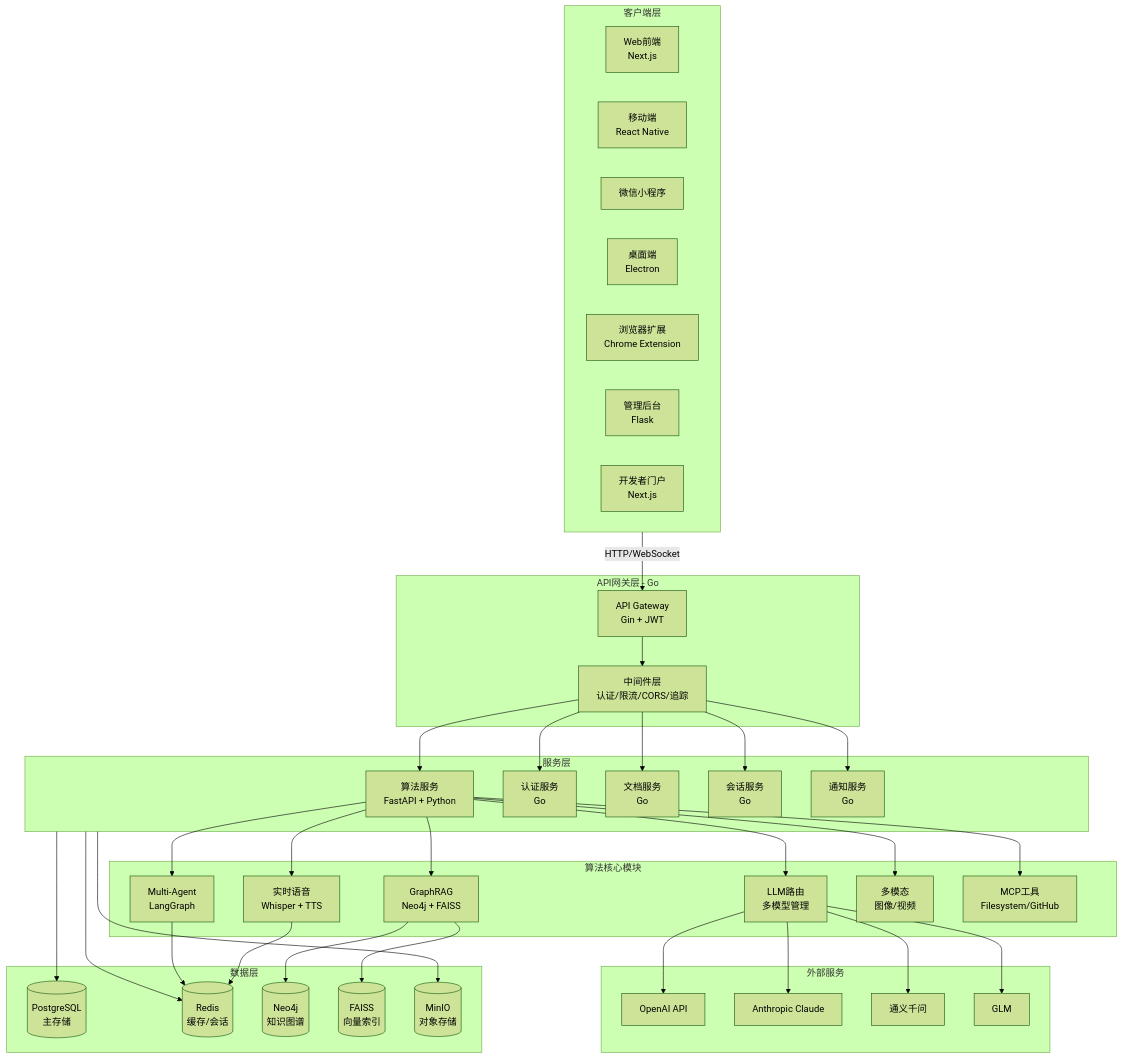
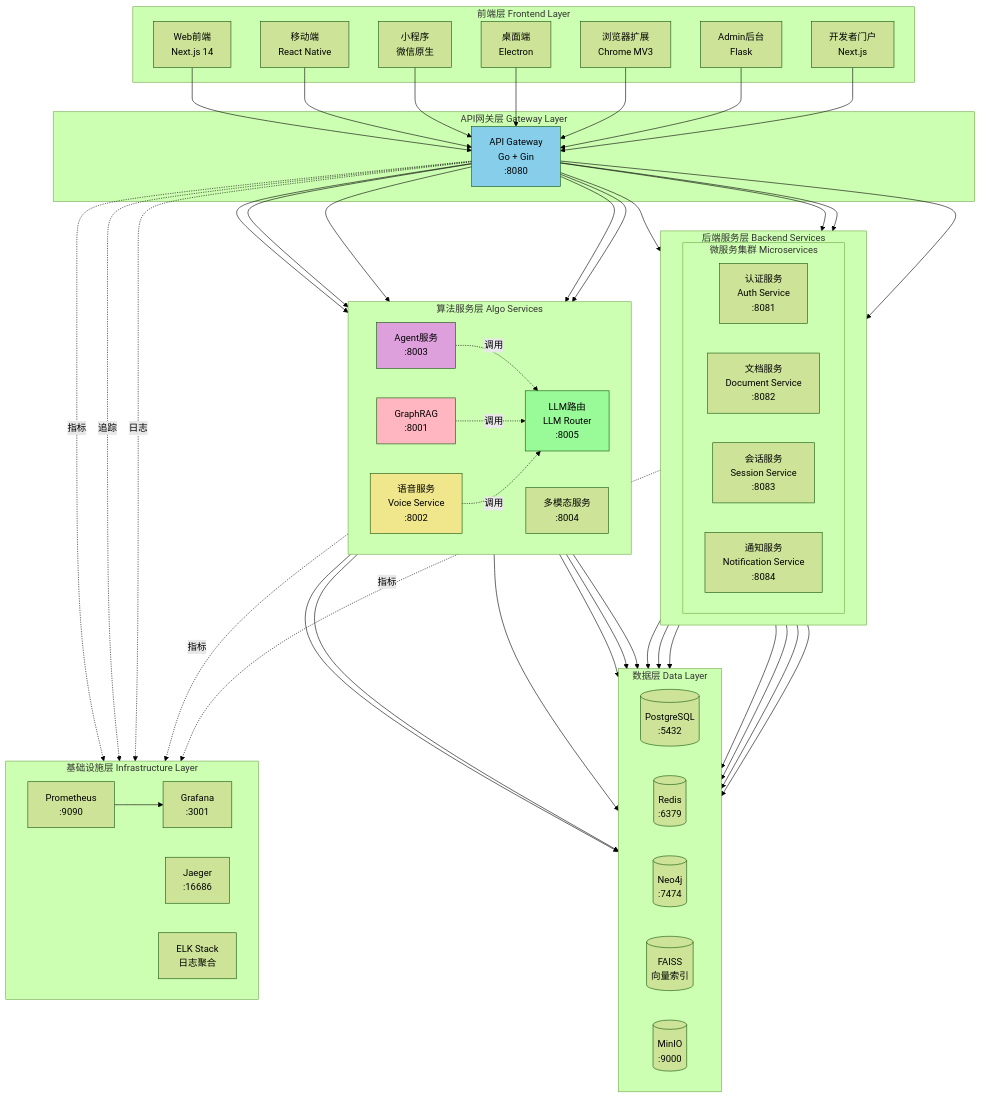
The first of 12 diagrams in content/posts/VoiceHelper-00-总览.md (haoyunlt/myblog), drawn with Mermaid (forest theme) before and after one commit. The commit also changed other lines of this file and 22 other files, not shown here.

````diff
--- a/content/posts/VoiceHelper-00-总览.md
+++ b/content/posts/VoiceHelper-00-总览.md
@@ -75,78 +110,110 @@
 ```mermaid
 flowchart TB
-    subgraph Client["客户端层"]
-        WEB[Web前端<br/>Next.js]
+    subgraph "前端层 Frontend Layer"
+        WEB[Web前端<br/>Next.js 14]
         MOBILE[移动端<br/>React Native]
-        MINI[微信小程序]
+        MINI[小程序<br/>微信原生]
         DESKTOP[桌面端<br/>Electron]
-        EXT[浏览器扩展<br/>Chrome Extension]
-        ADMIN[管理后台<br/>Flask]
+        EXT[浏览器扩展<br/>Chrome MV3]
+        ADMIN[Admin后台<br/>Flask]
         DEV[开发者门户<br/>Next.js]
     end
-
-    subgraph Gateway["API网关层 - Go"]
-        GW[API Gateway<br/>Gin + JWT]
-        MW[中间件层<br/>认证/限流/CORS/追踪]
+    
+    subgraph "API网关层 Gateway Layer"
+        GW[API Gateway<br/>Go + Gin<br/>:8080]
     end
-
-    subgraph Services["服务层"]
-        ALGO[算法服务<br/>FastAPI + Python]
-        AUTH[认证服务<br/>Go]
-        DOC[文档服务<br/>Go]
-        SESSION[会话服务<br/>Go]
-        NOTIFY[通知服务<br/>Go]
+    
+    subgraph "后端服务层 Backend Services"
+        direction LR
+        subgraph "微服务集群 Microservices"
+            AUTH[认证服务<br/>Auth Service<br/>:8081]
+            DOC[文档服务<br/>Document Service<br/>:8082]
+            SESSION[会话服务<br/>Session Service<br/>:8083]
+            NOTIFY[通知服务<br/>Notification Service<br/>:8084]
+        end
     end
-
-    subgraph AlgoCore["算法核心模块"]
-        RAG[GraphRAG<br/>Neo4j + FAISS]
-        AGENT[Multi-Agent<br/>LangGraph]
-        VOICE[实时语音<br/>Whisper + TTS]
-        LLM[LLM路由<br/>多模型管理]
-        MODAL[多模态<br/>图像/视频]
-        MCP[MCP工具<br/>Filesystem/GitHub]
+    
+    subgraph "算法服务层 Algo Services"
+        direction LR
+        LLMR[LLM路由<br/>LLM Router<br/>:8005]
+        RAG[GraphRAG<br/>:8001]
+        VOICE[语音服务<br/>Voice Service<br/>:8002]
+        AGENT[Agent服务<br/>:8003]
+        MULTI[多模态服务<br/>:8004]
     end
-
-    subgraph Data["数据层"]
-        PG[(PostgreSQL<br/>主存储)]
-        REDIS[(Redis<br/>缓存/会话)]
-        NEO4J[(Neo4j<br/>知识图谱)]
+    
+    subgraph "数据层 Data Layer"
+        direction LR
+        PG[(PostgreSQL<br/>:5432)]
+        REDIS[(Redis<br/>:6379)]
+        NEO4J[(Neo4j<br/>:7474)]
         FAISS[(FAISS<br/>向量索引)]
-        MINIO[(MinIO<br/>对象存储)]
+        MINIO[(MinIO<br/>:9000)]
     end
-
-    subgraph External["外部服务"]
-        OPENAI[OpenAI API]
-        CLAUDE[Anthropic Claude]
-        QWEN[通义千问]
-        GLM[GLM]
+    
+    subgraph "基础设施层 Infrastructure Layer"
+        direction LR
+        PROM[Prometheus<br/>:9090]
+        GRAF[Grafana<br/>:3001]
+        JAEGER[Jaeger<br/>:16686]
+        ELK[ELK Stack<br/>日志聚合]
     end
-
-    Client -->|HTTP/WebSocket| GW
-    GW --> MW
-    MW --> ALGO
-    MW --> AUTH
-    MW --> DOC
-    MW --> SESSION
-    MW --> NOTIFY
-
-    ALGO --> RAG
-    ALGO --> AGENT
-    ALGO --> VOICE
-    ALGO --> LLM
-    ALGO --> MODAL
-    ALGO --> MCP
-
+    
+    %% 前端到网关
+    WEB --> GW
+    MOBILE --> GW
+    MINI --> GW
+    DESKTOP --> GW
+    EXT --> GW
+    ADMIN --> GW
+    DEV --> GW
+    
+    %% 网关到微服务
+    GW --> AUTH
+    GW --> DOC
+    GW --> SESSION
+    GW --> NOTIFY
+    
+    %% 网关到算法服务
+    GW --> LLMR
+    GW --> RAG
+    GW --> VOICE
+    GW --> AGENT
+    GW --> MULTI
+    
+    %% 算法服务内部调用
+    AGENT -.调用.-> LLMR
+    RAG -.调用.-> LLMR
+    VOICE -.调用.-> LLMR
+    
+    %% 微服务到数据层
+    AUTH --> PG
+    AUTH --> REDIS
+    DOC --> PG
+    DOC --> MINIO
+    SESSION --> PG
+    SESSION --> REDIS
+    NOTIFY --> REDIS
+    
+    %% 算法服务到数据层
     RAG --> NEO4J
     RAG --> FAISS
-    VOICE --> REDIS
+    RAG --> PG
+    LLMR --> REDIS
+    AGENT --> PG
     AGENT --> REDIS
     
-    Services --> PG
-    Services --> REDIS
-    Services --> MINIO
-
-    LLM --> OPENAI
-    LLM --> CLAUDE
-    LLM --> QWEN
-    LLM --> GLM
+    %% 监控连接
+    GW -.指标.-> PROM
+    AUTH -.指标.-> PROM
+    RAG -.指标.-> PROM
+    PROM --> GRAF
+    GW -.追踪.-> JAEGER
+    GW -.日志.-> ELK
+    
+    style GW fill:#87CEEB
+    style RAG fill:#FFB6C1
+    style AGENT fill:#DDA0DD
+    style VOICE fill:#F0E68C
+    style LLMR fill:#98FB98
 ```
````
